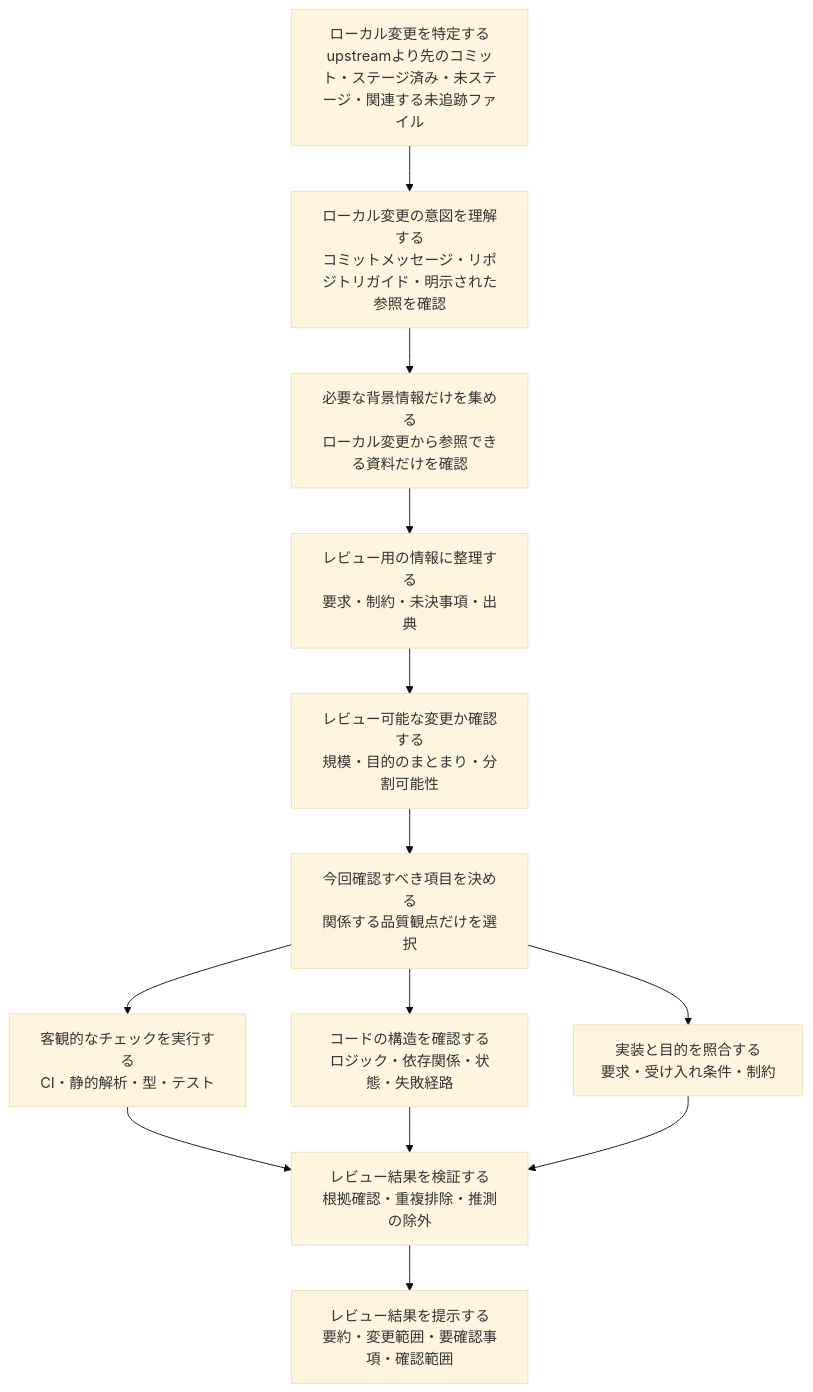
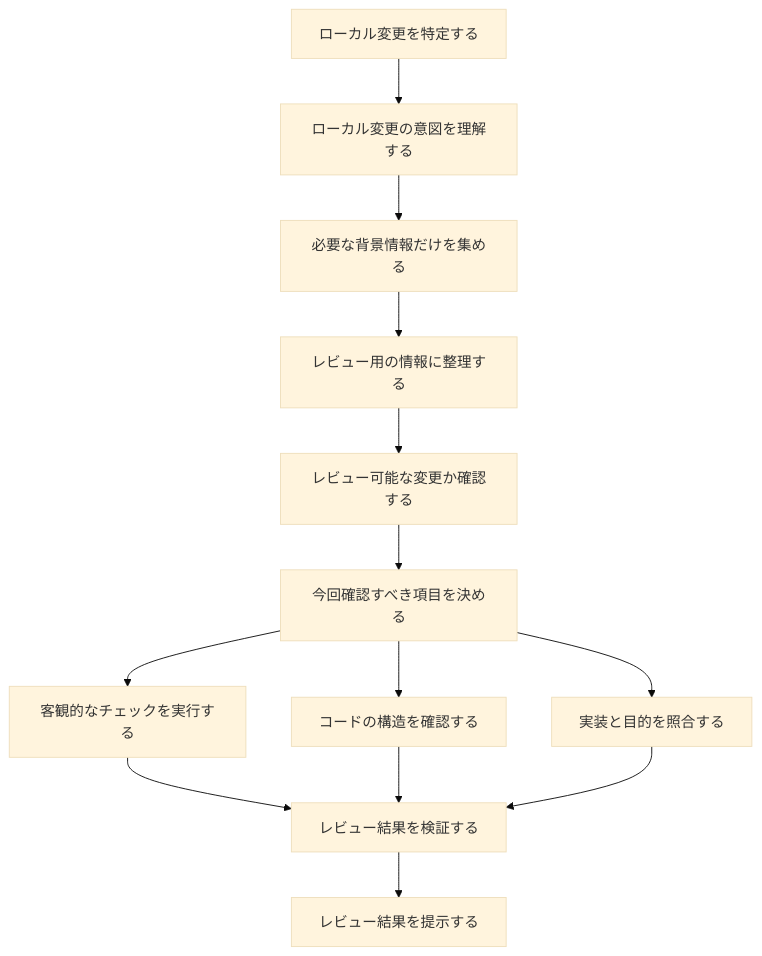
Before and after one commit to takuto-san/review: the first of 2 diagrams in README.ja.md, drawn with Mermaid (base theme). The commit also changed other lines of this file and 2 other files, not shown here.

Commit message:
docs: simplify review workflow diagrams

````diff
--- a/README.ja.md
+++ b/README.ja.md
@@ -23,17 +23,17 @@
 ```mermaid
 flowchart TD
-    A[ローカル変更を特定する<br/>upstreamより先のコミット・ステージ済み・未ステージ・関連する未追跡ファイル] --> B[ローカル変更の意図を理解する<br/>コミットメッセージ・リポジトリガイド・明示された参照を確認]
-    B --> C[必要な背景情報だけを集める<br/>ローカル変更から参照できる資料だけを確認]
-    C --> D[レビュー用の情報に整理する<br/>要求・制約・未決事項・出典]
-    D --> E[レビュー可能な変更か確認する<br/>規模・目的のまとまり・分割可能性]
-    E --> F[今回確認すべき項目を決める<br/>関係する品質観点だけを選択]
+    A[ローカル変更を特定する] --> B[ローカル変更の意図を理解する]
+    B --> C[必要な背景情報だけを集める]
+    C --> D[レビュー用の情報に整理する]
+    D --> E[レビュー可能な変更か確認する]
+    E --> F[今回確認すべき項目を決める]
 
-    F --> G1[客観的なチェックを実行する<br/>CI・静的解析・型・テスト]
-    F --> G2[コードの構造を確認する<br/>ロジック・依存関係・状態・失敗経路]
-    F --> G3[実装と目的を照合する<br/>要求・受け入れ条件・制約]
+    F --> G1[客観的なチェックを実行する]
+    F --> G2[コードの構造を確認する]
+    F --> G3[実装と目的を照合する]
 
-    G1 --> H[レビュー結果を検証する<br/>根拠確認・重複排除・推測の除外]
+    G1 --> H[レビュー結果を検証する]
     G2 --> H
     G3 --> H
-    H --> I[レビュー結果を提示する<br/>要約・変更範囲・要確認事項・確認範囲]
+    H --> I[レビュー結果を提示する]
 ```
````
